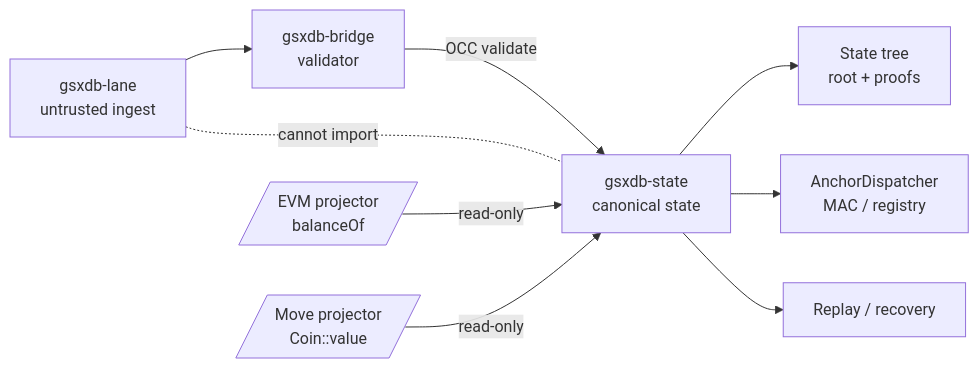
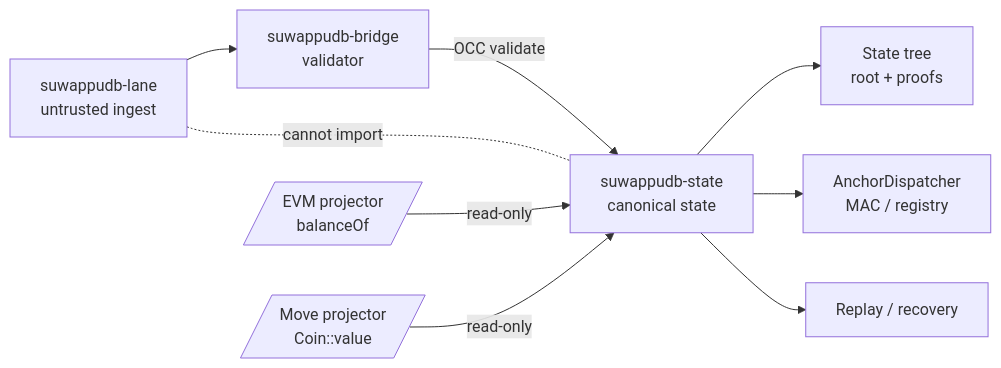
Before and after one commit to nanofaxcopy/suwappu-lattice-protocol: the fifth of 10 diagrams in docs/visuals/README.md, drawn with Mermaid. The commit also changed other lines of this file and 164 other files, not shown here.

````diff
--- a/docs/visuals/README.md
+++ b/docs/visuals/README.md
@@ -104,11 +104,11 @@
 ```mermaid
 flowchart LR
-  Lane[gsxdb-lane<br/>untrusted ingest] --> Bridge[gsxdb-bridge<br/>validator]
-  Bridge -->|OCC validate| State[gsxdb-state<br/>canonical state]
+  Lane[suwappudb-lane<br/>untrusted ingest] --> Bridge[suwappudb-bridge<br/>validator]
+  Bridge -->|OCC validate| State[suwappudb-state<br/>canonical state]
   Lane -. cannot import .- State
   State --> Tree[State tree<br/>root + proofs]
   State --> Anchor[AnchorDispatcher<br/>MAC / registry]
   State --> Replay[Replay / recovery]
   Read1[/EVM projector<br/>balanceOf/] -->|read-only| State
   Read2[/Move projector<br/>Coin::value/] -->|read-only| State
 ```
````
